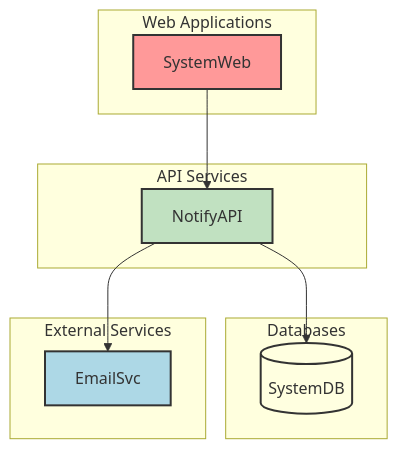
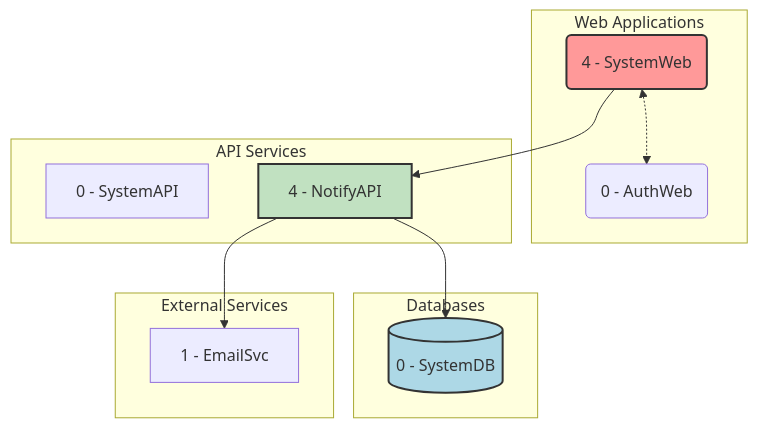
One commit to AstroBookings/.github changed the first of 2 diagrams in profile/1-analysis/5_4-astrobookings-notification-system-domain.md. Above: the diagram before and after it, drawn with Mermaid.

````diff
--- a/profile/1-analysis/5_4-astrobookings-notification-system-domain.md
+++ b/profile/1-analysis/5_4-astrobookings-notification-system-domain.md
@@ -59,37 +59,41 @@
 ```mermaid
 graph TD
     subgraph Web Applications
-        SystemWeb[SystemWeb]
+        AuthWeb(0 - AuthWeb)
+        SystemWeb(4 - SystemWeb)
     end
 
     subgraph API Services
-        NotifyAPI[NotifyAPI]
+        SystemAPI[0 - SystemAPI]
+        NotifyAPI[4 - NotifyAPI]
     end
 
     subgraph Databases
-        SystemDB[(SystemDB)]
+        SystemDB[(0 - SystemDB)]
     end
 
     subgraph External Services
-        EmailSvc[EmailSvc]
+        EmailSvc[1 - EmailSvc]
     end
+
+    %% Web to Web connections
+    SystemWeb <-.-> AuthWeb
 
     %% Web to API connections
     SystemWeb --> NotifyAPI
 
     %% API to Database connections
     NotifyAPI --> SystemDB
 
     %% API to External Service connections
     NotifyAPI --> EmailSvc
 
     %% Style
     classDef web fill:#FF9999,stroke:#333,stroke-width:2px;
     classDef api fill:#C1E1C1,stroke:#333,stroke-width:2px;
-    classDef db fill:#FFFFE0,stroke:#333,stroke-width:2px;
-    classDef ext fill:#ADD8E6,stroke:#333,stroke-width:2px;
+    classDef db fill:#ADD8E6,stroke:#333,stroke-width:2px;
+    classDef ext fill:#E6E6FA,stroke:#333,stroke-width:2px;
     class SystemWeb web;
     class NotifyAPI api;
     class SystemDB db;
-    class EmailSvc ext;
 ```
````
